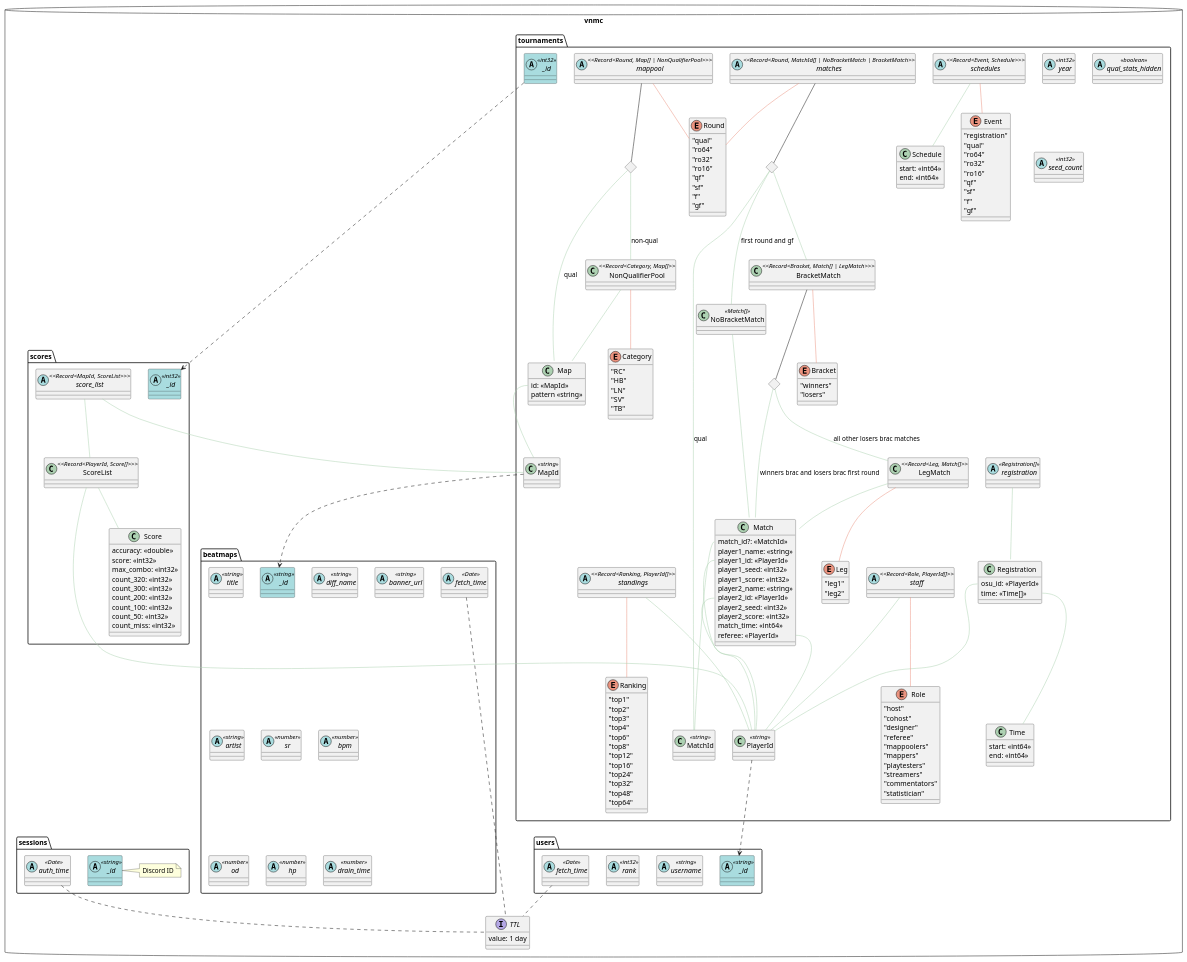
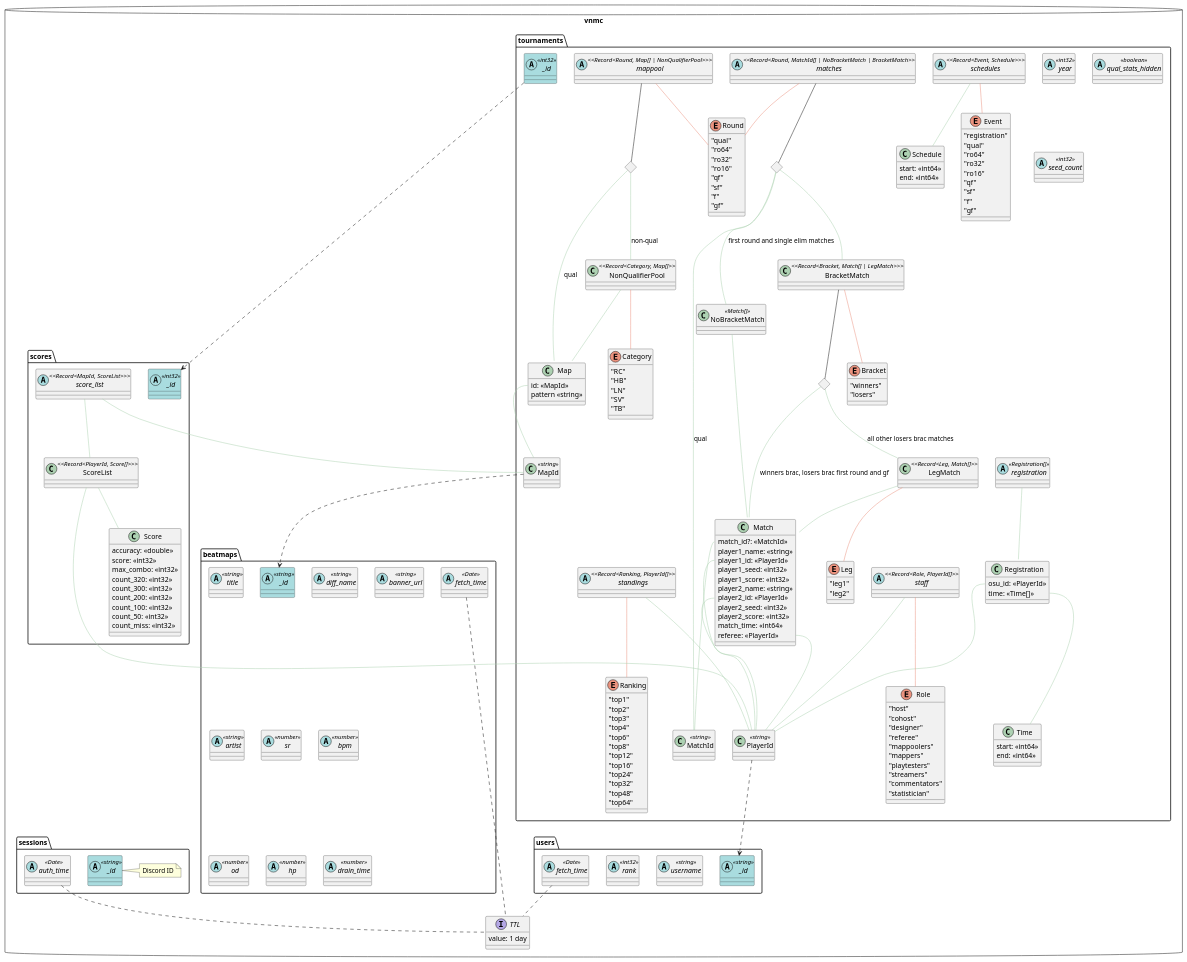
The diagram in bot-db-schema/schema.puml (vnmc-ecosystem/vnmc-designs), drawn with PlantUML before and after one commit.

Commit message:
fix(schema/matches): rounds' schemas

```diff
--- a/bot-db-schema/schema.puml
+++ b/bot-db-schema/schema.puml
@@ -192,11 +192,11 @@
 
 matches -- diamond2
 diamond2 -[#add1b2]- MatchId : qual
-diamond2 -[#add1b2]- NoBracketMatch : first round and gf
+diamond2 -[#add1b2]- NoBracketMatch : first round and single elim matches
 diamond2 -[#add1b2]- BracketMatch
 NoBracketMatch -[#add1b2]- Match
 BracketMatch -- diamond3
-diamond3 -[#add1b2]- Match : winners brac and losers brac first round
+diamond3 -[#add1b2]- Match : winners brac, losers brac first round and gf
 diamond3 -[#add1b2]- LegMatch : all other losers brac matches
 LegMatch -[#add1b2]- Match
 Match::match_id -[#add1b2]- MatchId
```
